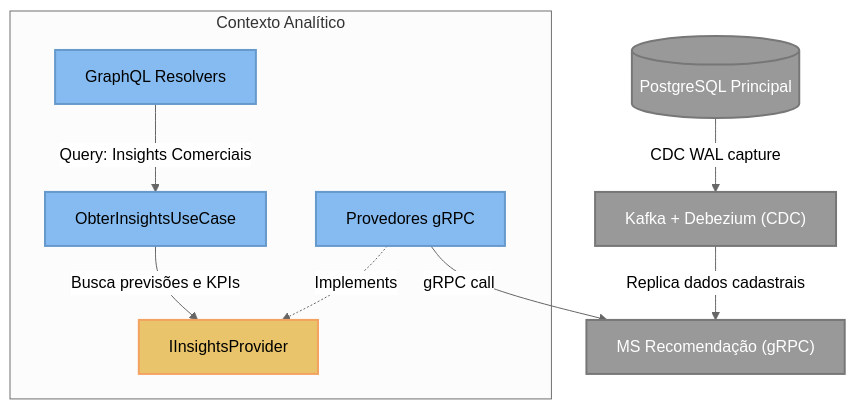
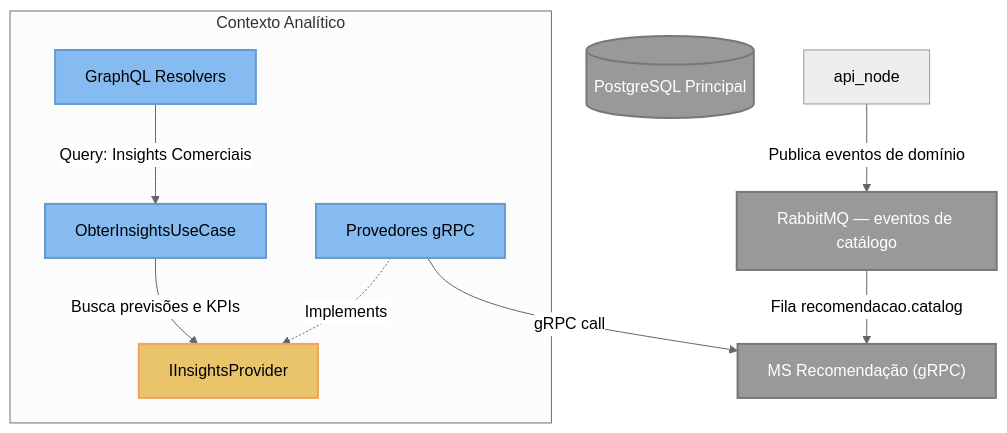
Before and after one commit to arthurair3s/arquitetura-de-software: the fourth of 5 diagrams in docs/diagramas/c3/c4_l3_component.md, drawn with Mermaid (neutral theme). The commit also changed other lines of this file and 10 other files, not shown here.

````diff
--- a/docs/diagramas/c3/c4_l3_component.md
+++ b/docs/diagramas/c3/c4_l3_component.md
@@ -177,33 +177,33 @@
 ```mermaid
 graph TB
     %% Styling
     classDef comp fill:#85bbf0,stroke:#6699cc,stroke-width:2px,color:#000;
     classDef port fill:#e9c46a,stroke:#f4a261,stroke-width:2px,color:#000;
     classDef ext fill:#999999,stroke:#777777,stroke-width:2px,color:#fff;
 
     ms_recomendacao["MS Recomendação (gRPC)"]:::ext
-    kafka_cdc["Kafka + Debezium (CDC)"]:::ext
+    catalogo_eventos["RabbitMQ — eventos de catálogo"]:::ext
     db_postgres[("PostgreSQL Principal")]:::ext
 
     subgraph analytics_context ["Contexto Analítico"]
         resolvers["GraphQL Resolvers"]:::comp
         
         uc_insights["ObterInsightsUseCase"]:::comp
 
         i_insights_provider["IInsightsProvider"]:::port
 
         grpc_providers["Provedores gRPC"]:::comp
     end
 
     %% Flows
     resolvers -->|"Query: Insights Comerciais"| uc_insights
 
     uc_insights -->|Busca previsões e KPIs| i_insights_provider
 
     grpc_providers -.->|Implements| i_insights_provider
     grpc_providers -->|gRPC call| ms_recomendacao
 
     %% CDC flow
-    db_postgres -->|CDC WAL capture| kafka_cdc
-    kafka_cdc -->|Replica dados cadastrais| ms_recomendacao
+    api_node -->|Publica eventos de domínio| catalogo_eventos
+    catalogo_eventos -->|Fila recomendacao.catalog| ms_recomendacao
 ```
````
